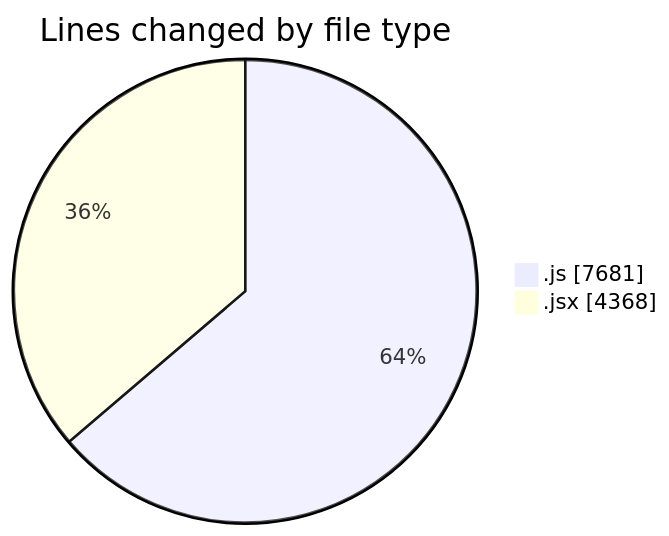
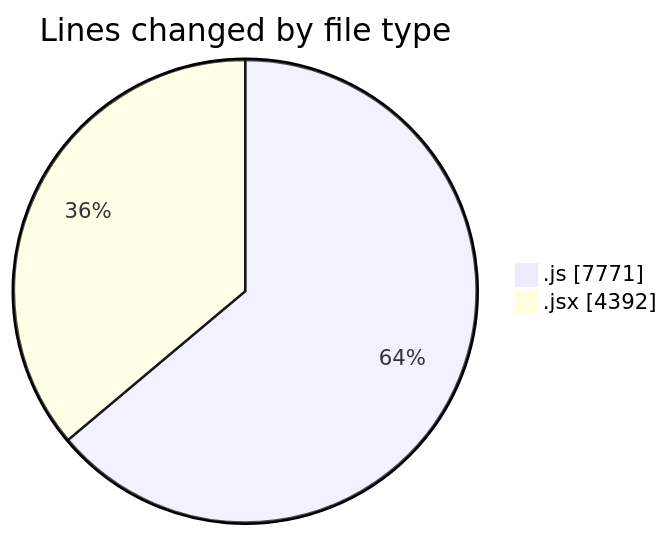
The first of 2 diagrams in 2025-12-10/nxtqube_webapp/README.md (nxtqubesakshisongat/code-tracking), drawn with Mermaid before and after one commit. The commit also changed other lines of this file and 1 other file, not shown here.

````diff
--- a/2025-12-10/nxtqube_webapp/README.md
+++ b/2025-12-10/nxtqube_webapp/README.md
@@ -23,6 +23,6 @@
 ```mermaid
 pie showData
 title Lines changed by file type
-".js" : 7681
-".jsx" : 4368
+".js" : 7771
+".jsx" : 4392
 ```
````
